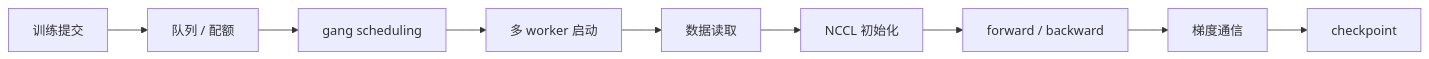
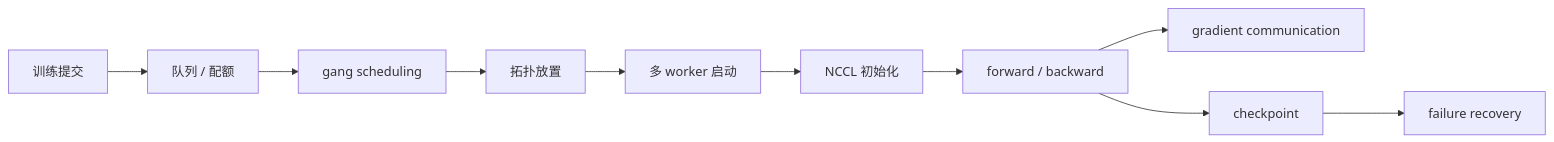
Before and after one commit to ikingye/ai-factory-engineering: the second of 2 diagrams in docs/part-05-orchestration/chapter-20-ai-workloads.md, drawn with Mermaid. The commit also changed other lines of this file and 2 other files, not shown here.

````diff
--- a/docs/part-05-orchestration/chapter-20-ai-workloads.md
+++ b/docs/part-05-orchestration/chapter-20-ai-workloads.md
@@ -51,5 +99,12 @@
 ```mermaid
 flowchart LR
-  Submit["训练提交"] --> Queue["队列 / 配额"] --> Gang["gang scheduling"] --> Pods["多 worker 启动"]
-  Pods --> Data["数据读取"] --> NCCL["NCCL 初始化"] --> Loop["forward / backward"] --> Comm["梯度通信"] --> Ckpt["checkpoint"]
+  Submit["训练提交"] --> Queue["队列 / 配额"]
+  Queue --> Gang["gang scheduling"]
+  Gang --> Place["拓扑放置"]
+  Place --> Start["多 worker 启动"]
+  Start --> NCCL["NCCL 初始化"]
+  NCCL --> Loop["forward / backward"]
+  Loop --> Comm["gradient communication"]
+  Loop --> Ckpt["checkpoint"]
+  Ckpt --> Recover["failure recovery"]
 ```
````
